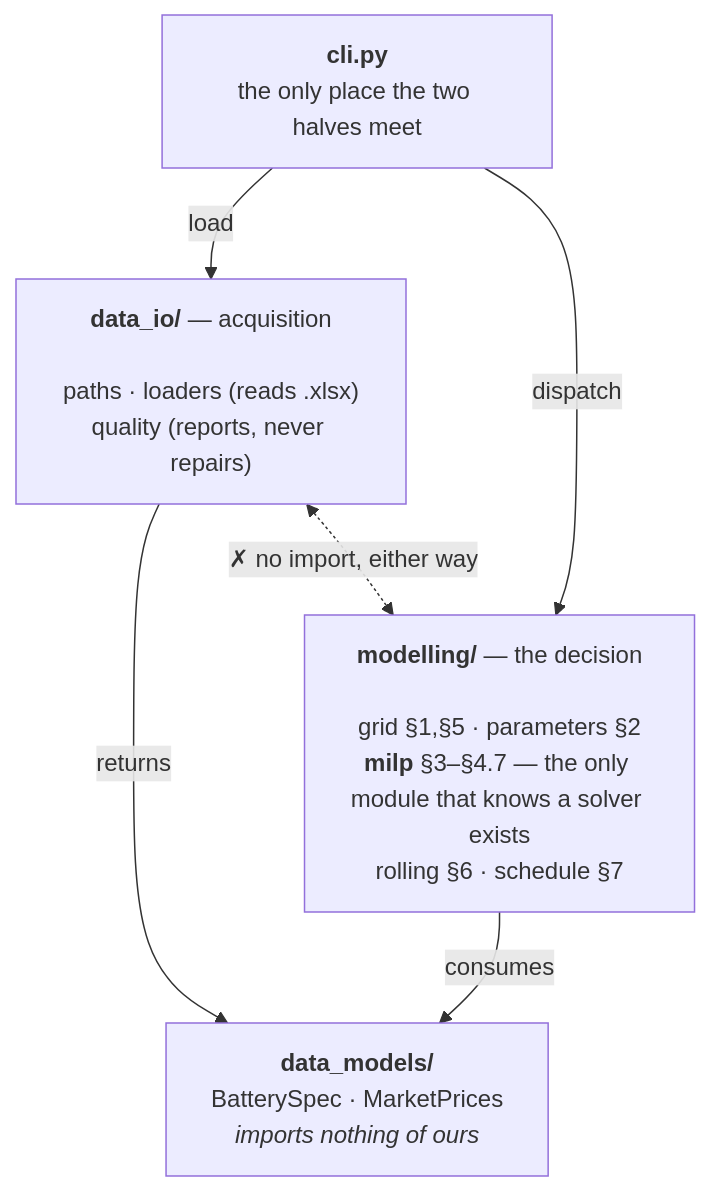
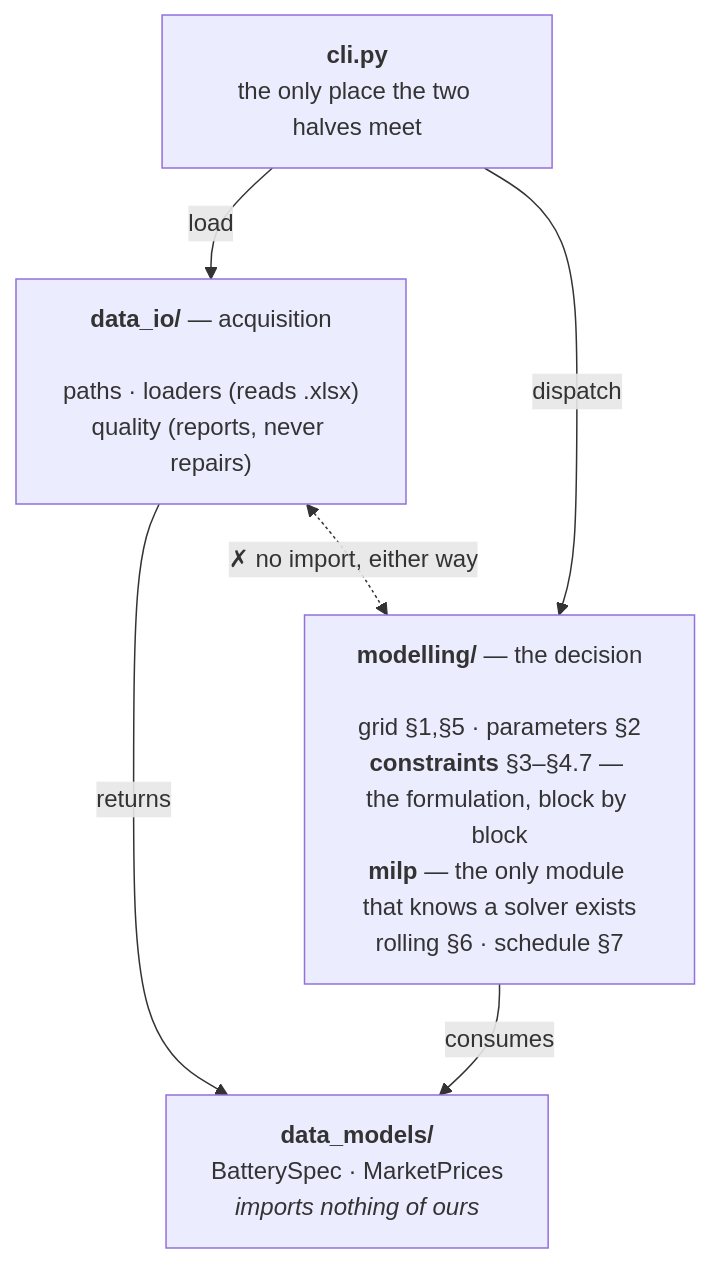
Before and after one commit to GuilhermePFM/BatteryCase: the diagram in docs/architecture.md, drawn with Mermaid. The commit also changed other lines of this file and 12 other files, not shown here.

````diff
--- a/docs/architecture.md
+++ b/docs/architecture.md
@@ -34,13 +35,13 @@
 ```mermaid
 flowchart TD
     CLI["<b>cli.py</b><br/>the only place the two halves meet"]
     IO["<b>data_io/</b> — acquisition<br/><br/>paths · loaders (reads .xlsx)<br/>quality (reports, never repairs)"]
-    MOD["<b>modelling/</b> — the decision<br/><br/>grid §1,§5 · parameters §2<br/><b>milp</b> §3–§4.7 — the only module that knows a solver exists<br/>rolling §6 · schedule §7"]
+    MOD["<b>modelling/</b> — the decision<br/><br/>grid §1,§5 · parameters §2<br/><b>constraints</b> §3–§4.7 — the formulation, block by block<br/><b>milp</b> — the only module that knows a solver exists<br/>rolling §6 · schedule §7"]
     DM["<b>data_models/</b><br/>BatterySpec · MarketPrices<br/><i>imports nothing of ours</i>"]
 
     CLI -- load --> IO
     CLI -- dispatch --> MOD
     IO -- returns --> DM
     MOD -- consumes --> DM
     IO <-. "✗ no import, either way" .-> MOD
 ```
````
